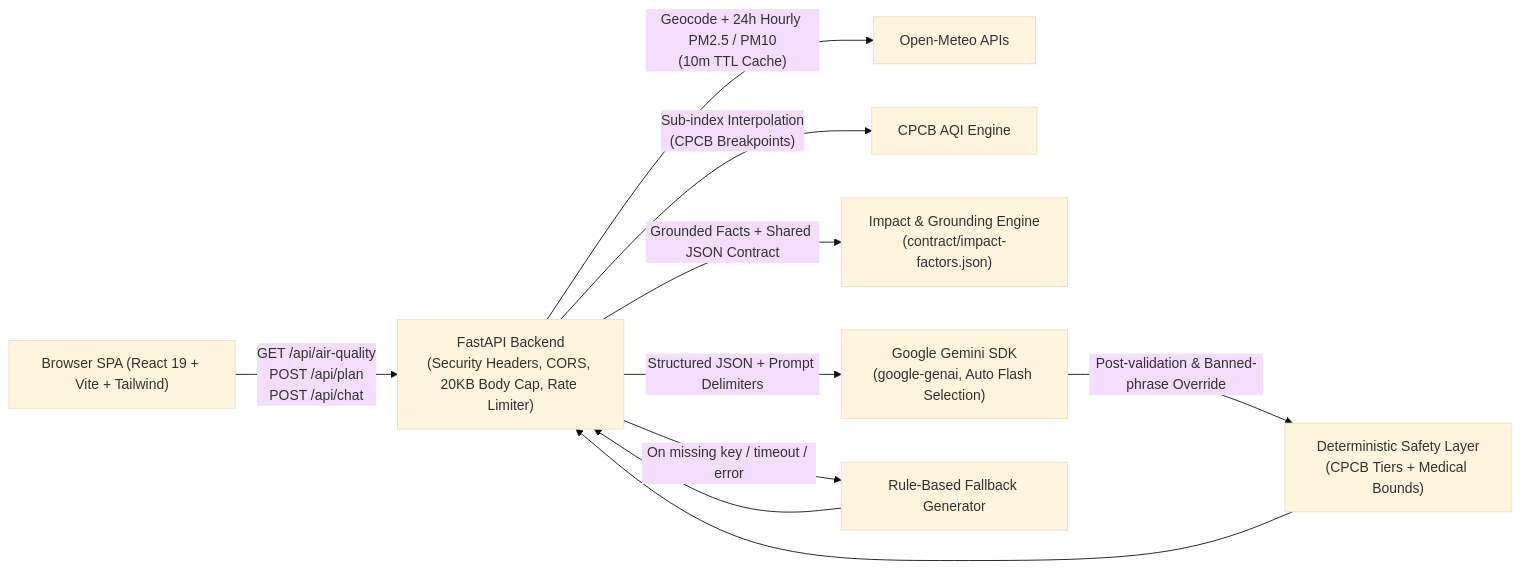
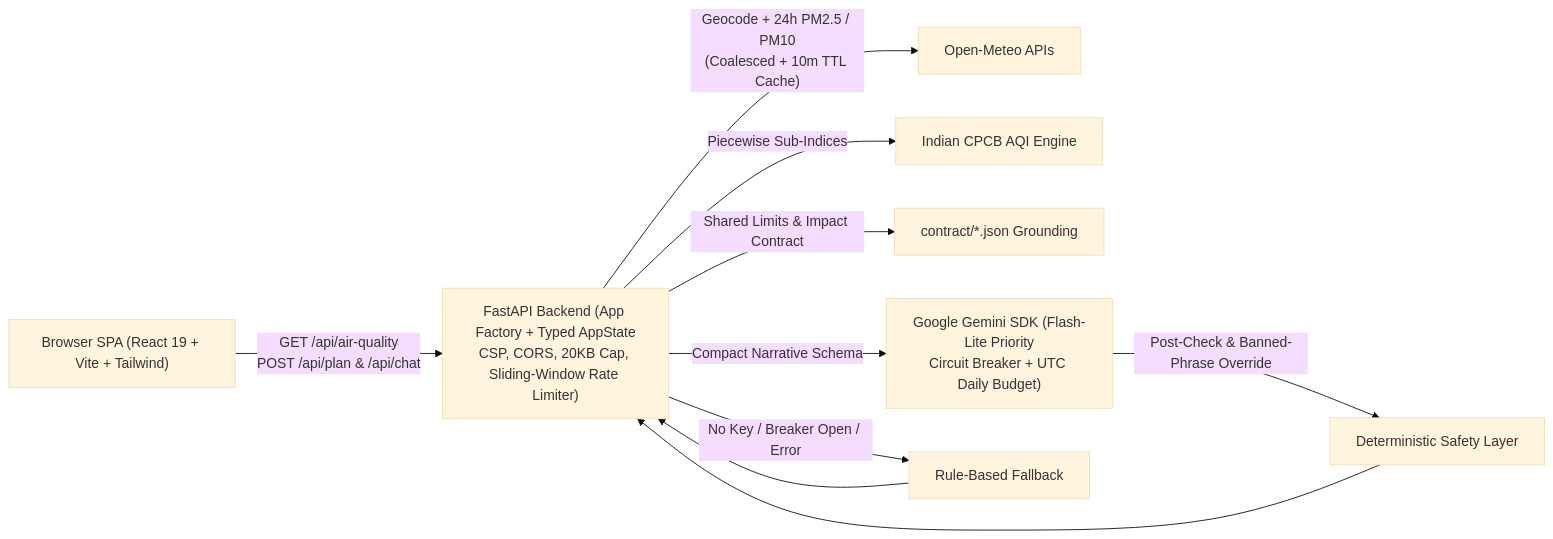
The diagram in README.md (Shreyash463/saans-urban-air-quality-assistant), drawn with Mermaid (base theme) before and after one commit. The commit also changed other lines of this file and 6 other files, not shown here.

````diff
--- a/README.md
+++ b/README.md
@@ -49,12 +24,12 @@
 ```mermaid
 flowchart LR
-    U["Browser SPA (React 19 + Vite + Tailwind)"] -->|"GET /api/air-quality\nPOST /api/plan\nPOST /api/chat"| API["FastAPI Backend\n(Security Headers, CORS, 20KB Body Cap, Rate Limiter)"]
-    API -->|"Geocode + 24h Hourly PM2.5 / PM10\n(10m TTL Cache)"| OM["Open-Meteo APIs"]
-    API -->|"Sub-index Interpolation\n(CPCB Breakpoints)"| CPCB["CPCB AQI Engine"]
-    API -->|"Grounded Facts + Shared JSON Contract"| IMP["Impact & Grounding Engine\n(contract/impact-factors.json)"]
-    API -->|"Structured JSON + Prompt Delimiters"| GEM["Google Gemini SDK\n(google-genai, Auto Flash Selection)"]
-    GEM -->|"Post-validation & Banned-phrase Override"| SAF["Deterministic Safety Layer\n(CPCB Tiers + Medical Bounds)"]
-    API -->|"On missing key / timeout / error"| FB["Rule-Based Fallback Generator"]
+    U["Browser SPA (React 19 + Vite + Tailwind)"] -->|"GET /api/air-quality\nPOST /api/plan & /api/chat"| API["FastAPI Backend (App Factory + Typed AppState\nCSP, CORS, 20KB Cap, Sliding-Window Rate Limiter)"]
+    API -->|"Geocode + 24h PM2.5 / PM10\n(Coalesced + 10m TTL Cache)"| OM["Open-Meteo APIs"]
+    API -->|"Piecewise Sub-Indices"| CPCB["Indian CPCB AQI Engine"]
+    API -->|"Shared Limits & Impact Contract"| IMP["contract/*.json Grounding"]
+    API -->|"Compact Narrative Schema"| GEM["Google Gemini SDK (Flash-Lite Priority\nCircuit Breaker + UTC Daily Budget)"]
+    GEM -->|"Post-Check & Banned-Phrase Override"| SAF["Deterministic Safety Layer"]
+    API -->|"No Key / Breaker Open / Error"| FB["Rule-Based Fallback"]
     SAF --> API
     FB --> API
 ```
````
